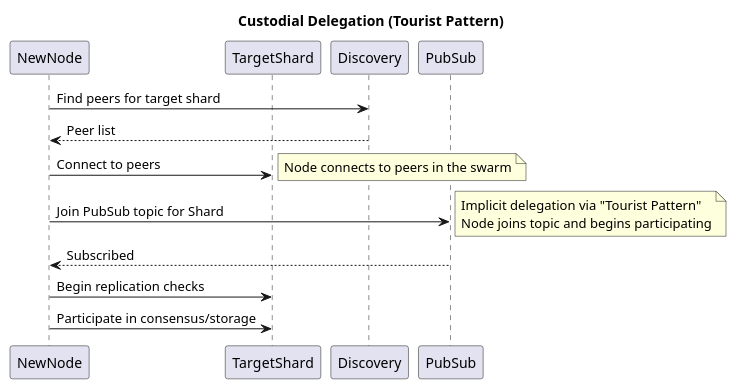
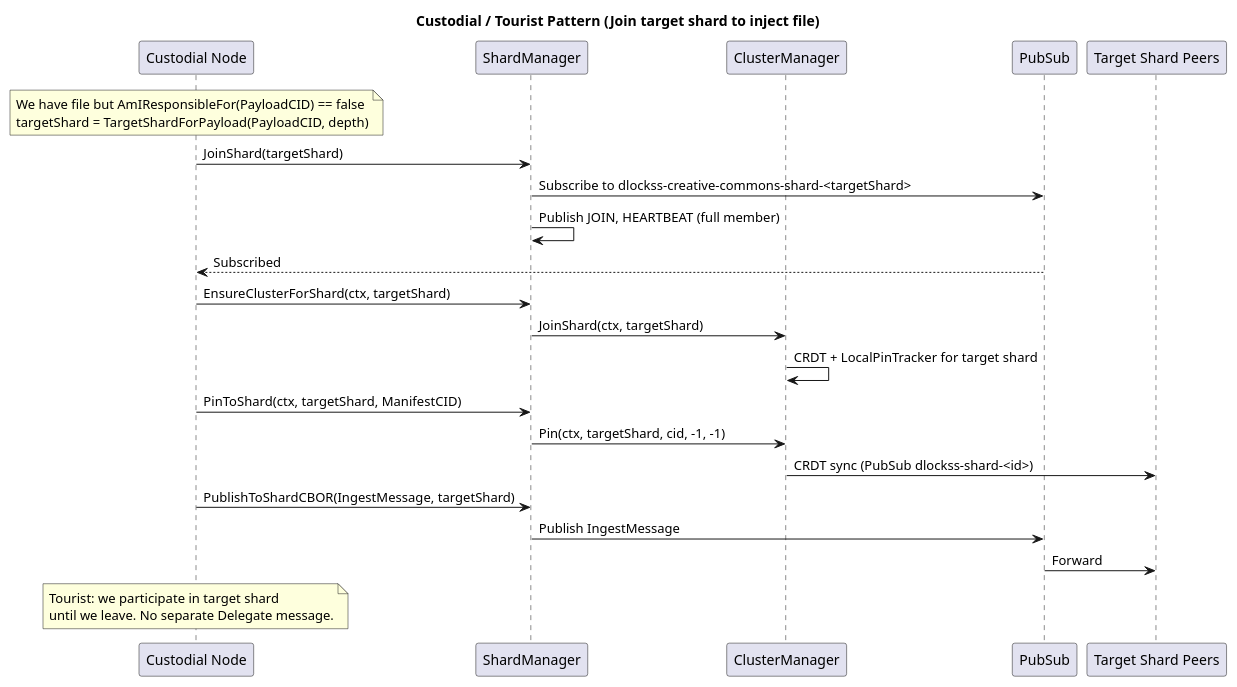
The diagram in docs/delegation_sequence.puml (gipplab/D-LOCKSS), drawn with PlantUML before and after one commit. The commit also changed 65 other files, not shown here.

```diff
--- a/docs/delegation_sequence.puml
+++ b/docs/delegation_sequence.puml
@@ -1,21 +1,30 @@
 @startuml
-title Custodial Delegation (Tourist Pattern)
+title Custodial / Tourist Pattern (Join target shard to inject file)
 
-participant "NewNode" as NN
-participant "TargetShard" as TS
-participant "Discovery" as DISC
+participant "Custodial Node" as NN
+participant "ShardManager" as ShardMgr
+participant "ClusterManager" as ClusterMgr
 participant "PubSub" as PS
+participant "Target Shard Peers" as TS
 
-NN -> DISC: Find peers for target shard
-DISC --> NN: Peer list
+note over NN: We have file but AmIResponsibleFor(PayloadCID) == false\ntargetShard = TargetShardForPayload(PayloadCID, depth)
 
-NN -> TS: Connect to peers
-note right: Node connects to peers in the swarm
-
-NN -> PS: Join PubSub topic for Shard
-note right: Implicit delegation via "Tourist Pattern"\nNode joins topic and begins participating
+NN -> ShardMgr: JoinShard(targetShard)
+ShardMgr -> PS: Subscribe to dlockss-creative-commons-shard-<targetShard>
+ShardMgr -> ShardMgr: Publish JOIN, HEARTBEAT (full member)
 PS --> NN: Subscribed
 
-NN -> TS: Begin replication checks
-NN -> TS: Participate in consensus/storage
+NN -> ShardMgr: EnsureClusterForShard(ctx, targetShard)
+ShardMgr -> ClusterMgr: JoinShard(ctx, targetShard)
+ClusterMgr -> ClusterMgr: CRDT + LocalPinTracker for target shard
+
+NN -> ShardMgr: PinToShard(ctx, targetShard, ManifestCID)
+ShardMgr -> ClusterMgr: Pin(ctx, targetShard, cid, -1, -1)
+ClusterMgr -> TS: CRDT sync (PubSub dlockss-shard-<id>)
+
+NN -> ShardMgr: PublishToShardCBOR(IngestMessage, targetShard)
+ShardMgr -> PS: Publish IngestMessage
+PS -> TS: Forward
+
+note over NN: Tourist: we participate in target shard\nuntil we leave. No separate Delegate message.
 @enduml
```
